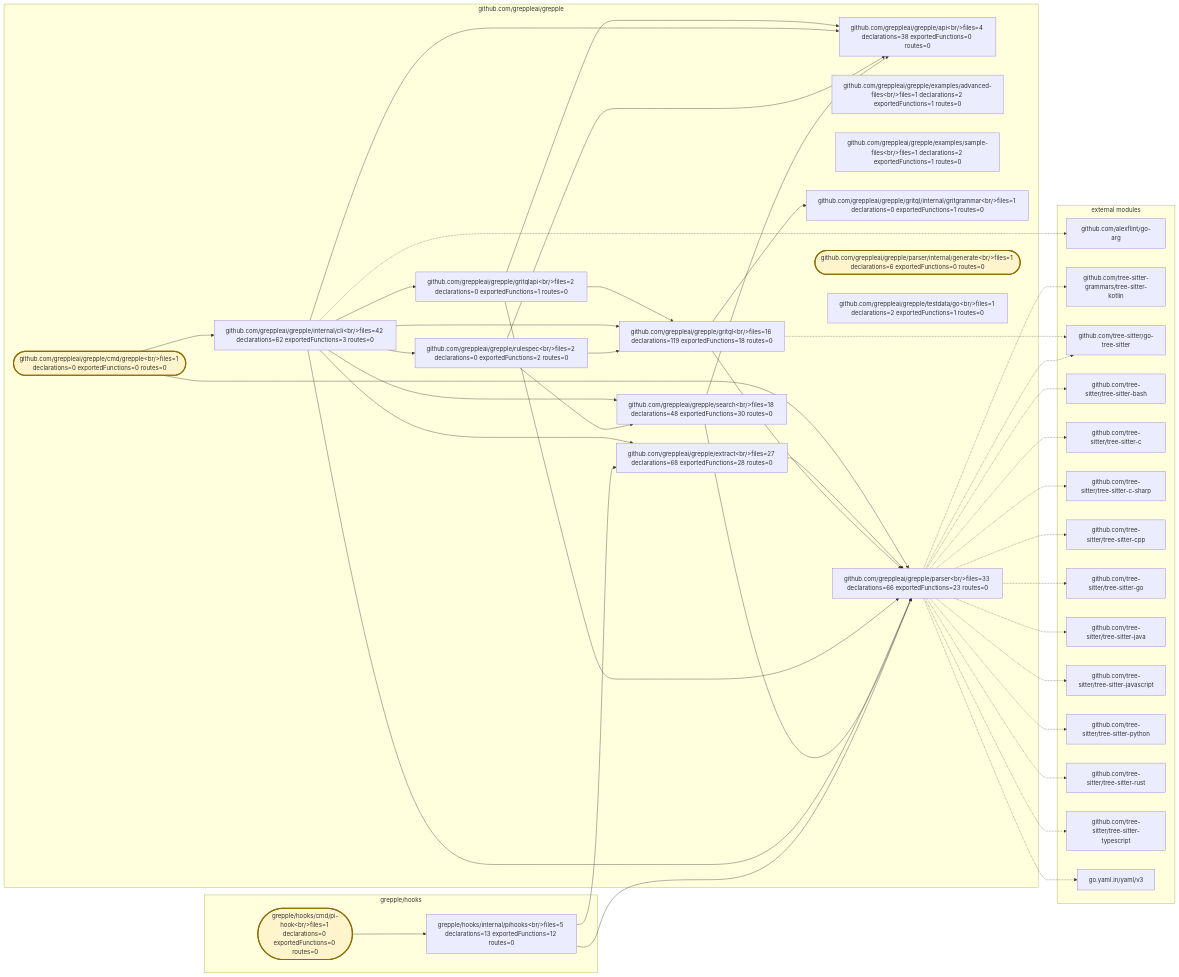
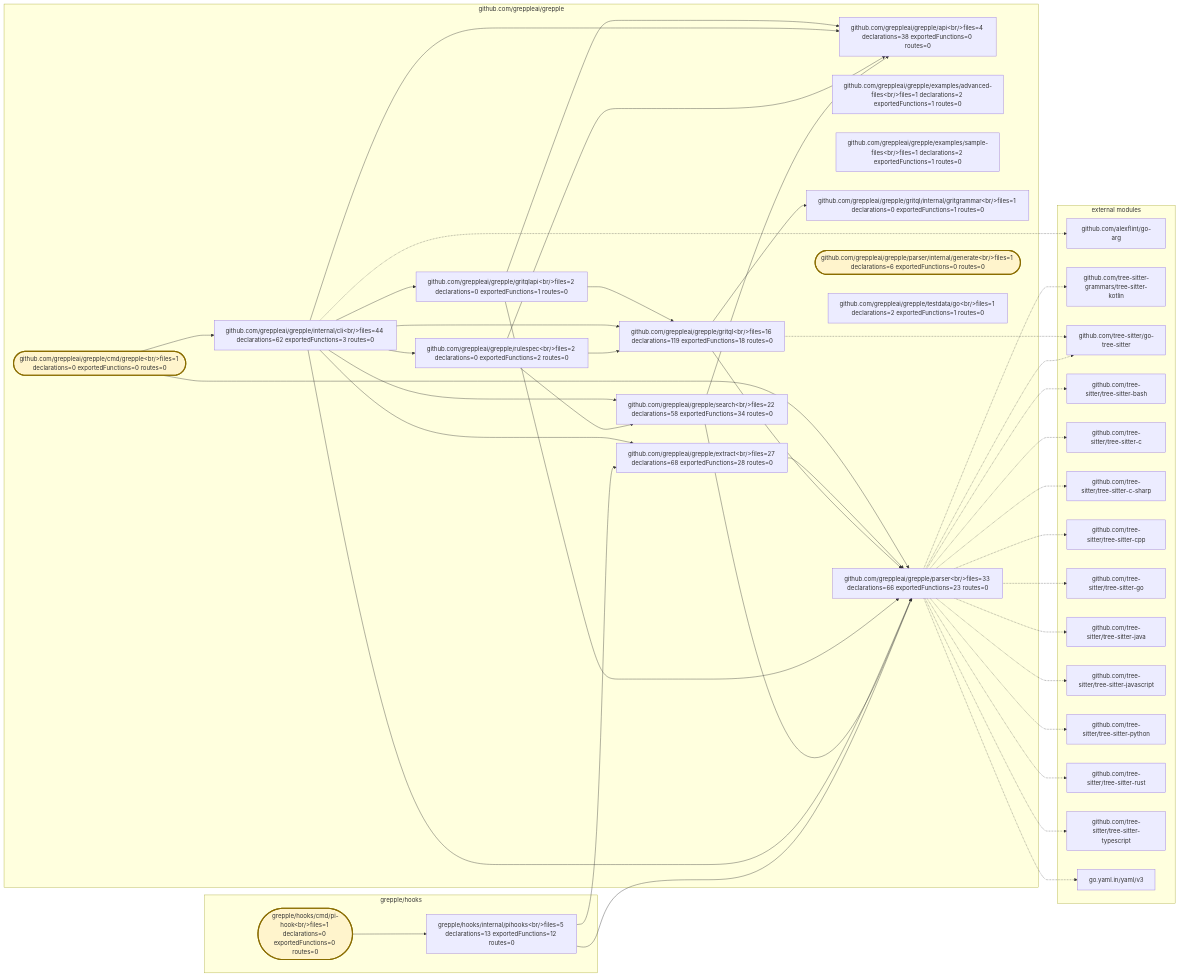
Before and after one commit to greppleai/grepple: the diagram in .grepple/project.workspace/overview.mmd, drawn with Mermaid. The commit also changed 34 other files, not shown here.

```diff
--- a/.grepple/project.workspace/overview.mmd
+++ b/.grepple/project.workspace/overview.mmd
@@ -1,79 +1,79 @@
 flowchart LR
     classDef entrypoint fill:#fff4cc,stroke:#8a6d00,stroke-width:3px
     subgraph module_0["github.com/greppleai/grepple"]
         package_0["github.com/greppleai/grepple/api&lt;br/&gt;files=4 declarations=38 exportedFunctions=0 routes=0"]
         package_1(["github.com/greppleai/grepple/cmd/grepple&lt;br/&gt;files=1 declarations=0 exportedFunctions=0 routes=0"])
         class package_1 entrypoint
         package_2["github.com/greppleai/grepple/examples/advanced-files&lt;br/&gt;files=1 declarations=2 exportedFunctions=1 routes=0"]
         package_3["github.com/greppleai/grepple/examples/sample-files&lt;br/&gt;files=1 declarations=2 exportedFunctions=1 routes=0"]
         package_4["github.com/greppleai/grepple/extract&lt;br/&gt;files=27 declarations=68 exportedFunctions=28 routes=0"]
         package_5["github.com/greppleai/grepple/gritql&lt;br/&gt;files=16 declarations=119 exportedFunctions=18 routes=0"]
         package_6["github.com/greppleai/grepple/gritql/internal/gritgrammar&lt;br/&gt;files=1 declarations=0 exportedFunctions=1 routes=0"]
         package_7["github.com/greppleai/grepple/gritqlapi&lt;br/&gt;files=2 declarations=0 exportedFunctions=1 routes=0"]
-        package_8["github.com/greppleai/grepple/internal/cli&lt;br/&gt;files=42 declarations=62 exportedFunctions=3 routes=0"]
+        package_8["github.com/greppleai/grepple/internal/cli&lt;br/&gt;files=44 declarations=62 exportedFunctions=3 routes=0"]
         package_9["github.com/greppleai/grepple/parser&lt;br/&gt;files=33 declarations=66 exportedFunctions=23 routes=0"]
         package_10(["github.com/greppleai/grepple/parser/internal/generate&lt;br/&gt;files=1 declarations=6 exportedFunctions=0 routes=0"])
         class package_10 entrypoint
         package_11["github.com/greppleai/grepple/rulespec&lt;br/&gt;files=2 declarations=0 exportedFunctions=2 routes=0"]
-        package_12["github.com/greppleai/grepple/search&lt;br/&gt;files=18 declarations=48 exportedFunctions=30 routes=0"]
+        package_12["github.com/greppleai/grepple/search&lt;br/&gt;files=22 declarations=58 exportedFunctions=34 routes=0"]
         package_13["github.com/greppleai/grepple/testdata/go&lt;br/&gt;files=1 declarations=2 exportedFunctions=1 routes=0"]
     end
     subgraph module_1["grepple/hooks"]
         package_14(["grepple/hooks/cmd/pi-hook&lt;br/&gt;files=1 declarations=0 exportedFunctions=0 routes=0"])
         class package_14 entrypoint
         package_15["grepple/hooks/internal/pihooks&lt;br/&gt;files=5 declarations=13 exportedFunctions=12 routes=0"]
     end
     package_1 --> package_8
     package_1 --> package_9
     package_4 --> package_9
     package_5 --> package_6
     package_5 --> package_9
     package_7 --> package_0
     package_7 --> package_5
     package_7 --> package_9
     package_8 --> package_0
     package_8 --> package_4
     package_8 --> package_5
     package_8 --> package_7
     package_8 --> package_9
     package_8 --> package_11
     package_8 --> package_12
     package_11 --> package_0
     package_11 --> package_5
     package_11 --> package_12
     package_12 --> package_0
     package_12 --> package_9
     package_14 --> package_15
     package_15 --> package_4
     package_15 --> package_9
     subgraph external_dependencies["external modules"]
         external_0["github.com/alexflint/go-arg"]
         external_1["github.com/tree-sitter-grammars/tree-sitter-kotlin"]
         external_2["github.com/tree-sitter/go-tree-sitter"]
         external_3["github.com/tree-sitter/tree-sitter-bash"]
         external_4["github.com/tree-sitter/tree-sitter-c"]
         external_5["github.com/tree-sitter/tree-sitter-c-sharp"]
         external_6["github.com/tree-sitter/tree-sitter-cpp"]
         external_7["github.com/tree-sitter/tree-sitter-go"]
         external_8["github.com/tree-sitter/tree-sitter-java"]
         external_9["github.com/tree-sitter/tree-sitter-javascript"]
         external_10["github.com/tree-sitter/tree-sitter-python"]
         external_11["github.com/tree-sitter/tree-sitter-rust"]
         external_12["github.com/tree-sitter/tree-sitter-typescript"]
         external_13["go.yaml.in/yaml/v3"]
     end
     package_8 -.-> external_0
     package_9 -.-> external_1
     package_5 -.-> external_2
     package_9 -.-> external_2
     package_9 -.-> external_3
     package_9 -.-> external_4
     package_9 -.-> external_5
     package_9 -.-> external_6
     package_9 -.-> external_7
     package_9 -.-> external_8
     package_9 -.-> external_9
     package_9 -.-> external_10
     package_9 -.-> external_11
     package_9 -.-> external_12
     package_9 -.-> external_13
```
